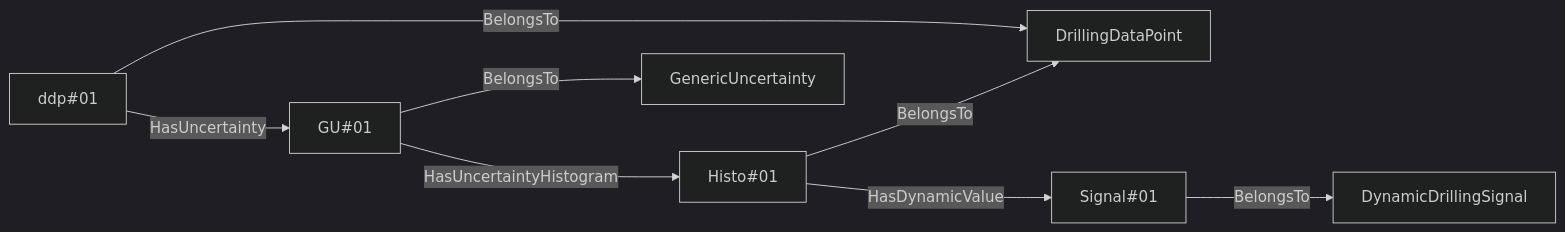
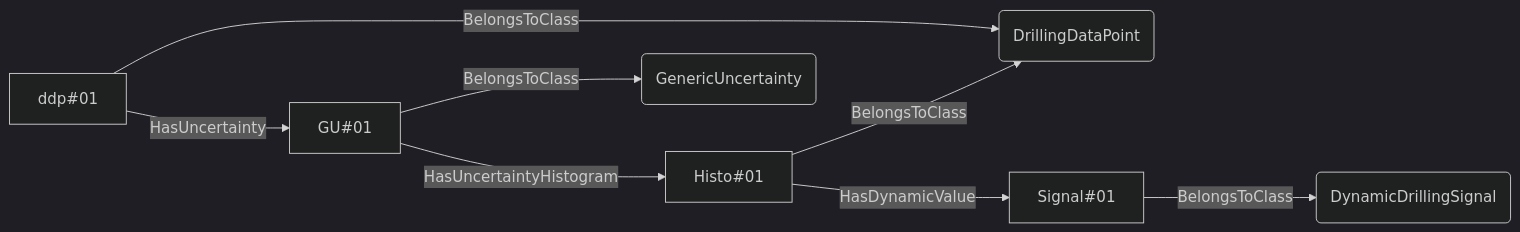
Before and after one commit to D-WIS/DDHub-Semantic-Interoperability: the fourth of 19 diagrams in docs/vocabulary_development/auto-generated/md/definition-files/Uncertainty.md, drawn with Mermaid (dark theme). The commit also changed other lines of this file and 10 other files, not shown here.

````diff
--- a/docs/vocabulary_development/auto-generated/md/definition-files/Uncertainty.md
+++ b/docs/vocabulary_development/auto-generated/md/definition-files/Uncertainty.md
@@ -123,10 +123,10 @@
 ```mermaid
 graph LR
-	N0000[ddp#01] -->|BelongsTo| N0001[DrillingDataPoint] 
-	N0002[GU#01] -->|BelongsTo| N0003[GenericUncertainty] 
+	N0000[ddp#01] -->|BelongsToClass| N0001(DrillingDataPoint) 
+	N0002[GU#01] -->|BelongsToClass| N0003(GenericUncertainty) 
 	N0000[ddp#01] -->|HasUncertainty| N0002[GU#01] 
-	N0004[Histo#01] -->|BelongsTo| N0001[DrillingDataPoint] 
+	N0004[Histo#01] -->|BelongsToClass| N0001(DrillingDataPoint) 
 	N0002[GU#01] -->|HasUncertaintyHistogram| N0004[Histo#01] 
-	N0005[Signal#01] -->|BelongsTo| N0006[DynamicDrillingSignal] 
+	N0005[Signal#01] -->|BelongsToClass| N0006(DynamicDrillingSignal) 
 	N0004[Histo#01] -->|HasDynamicValue| N0005[Signal#01] 
 ```
````
